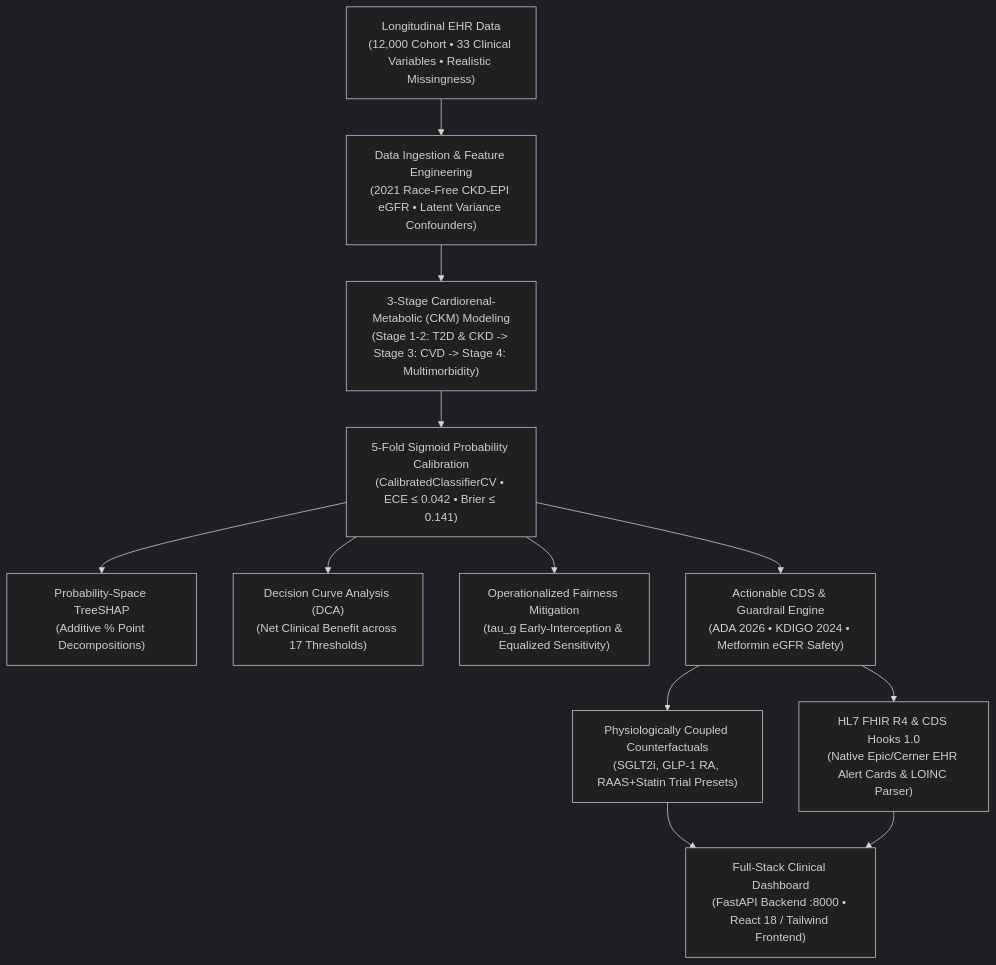
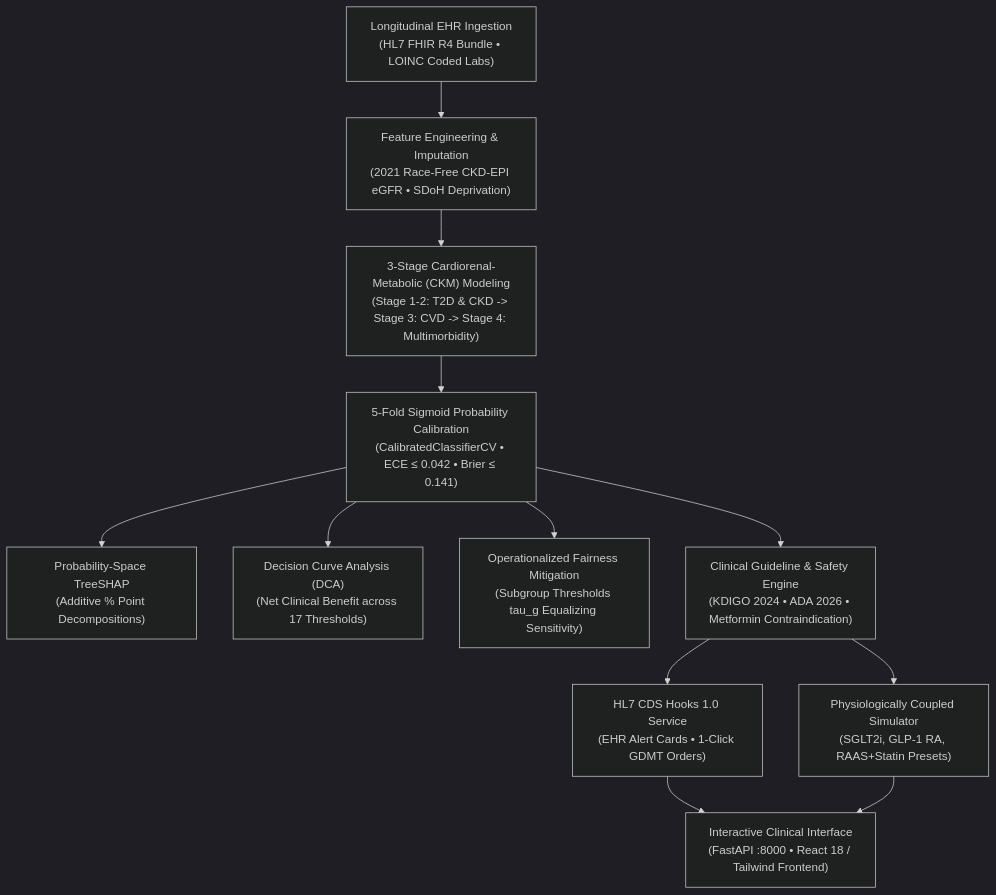
The diagram in README.md (armageden/vitarisk-cds), drawn with Mermaid (dark theme) before and after one commit. The commit also changed other lines of this file, not shown here.

Commit message:
docs: overhaul README to professional clinical engineering standard, removing hackathon meta-commentary

````diff
--- a/README.md
+++ b/README.md
@@ -83,14 +52,14 @@
 ```mermaid
 flowchart TD
-    A["Longitudinal EHR Data<br/>(12,000 Cohort • 33 Clinical Variables • Realistic Missingness)"] --> B["Data Ingestion & Feature Engineering<br/>(2021 Race-Free CKD-EPI eGFR • Latent Variance Confounders)"]
+    A["Longitudinal EHR Ingestion<br/>(HL7 FHIR R4 Bundle • LOINC Coded Labs)"] --> B["Feature Engineering & Imputation<br/>(2021 Race-Free CKD-EPI eGFR • SDoH Deprivation)"]
     B --> C["3-Stage Cardiorenal-Metabolic (CKM) Modeling<br/>(Stage 1-2: T2D & CKD -> Stage 3: CVD -> Stage 4: Multimorbidity)"]
     C --> D["5-Fold Sigmoid Probability Calibration<br/>(CalibratedClassifierCV • ECE ≤ 0.042 • Brier ≤ 0.141)"]
     D --> E["Probability-Space TreeSHAP<br/>(Additive % Point Decompositions)"]
     D --> F["Decision Curve Analysis (DCA)<br/>(Net Clinical Benefit across 17 Thresholds)"]
-    D --> G["Operationalized Fairness Mitigation<br/>(tau_g Early-Interception & Equalized Sensitivity)"]
-    D --> H["Actionable CDS & Guardrail Engine<br/>(ADA 2026 • KDIGO 2024 • Metformin eGFR Safety)"]
-    H --> I["Physiologically Coupled Counterfactuals<br/>(SGLT2i, GLP-1 RA, RAAS+Statin Trial Presets)"]
-    H --> K["HL7 FHIR R4 & CDS Hooks 1.0<br/>(Native Epic/Cerner EHR Alert Cards & LOINC Parser)"]
-    I --> J["Full-Stack Clinical Dashboard<br/>(FastAPI Backend :8000 • React 18 / Tailwind Frontend)"]
-    K --> J
+    D --> G["Operationalized Fairness Mitigation<br/>(Subgroup Thresholds tau_g Equalizing Sensitivity)"]
+    D --> H["Clinical Guideline & Safety Engine<br/>(KDIGO 2024 • ADA 2026 • Metformin Contraindication)"]
+    H --> I["HL7 CDS Hooks 1.0 Service<br/>(EHR Alert Cards • 1-Click GDMT Orders)"]
+    H --> J["Physiologically Coupled Simulator<br/>(SGLT2i, GLP-1 RA, RAAS+Statin Presets)"]
+    I --> K["Interactive Clinical Interface<br/>(FastAPI :8000 • React 18 / Tailwind Frontend)"]
+    J --> K
 ```
````
